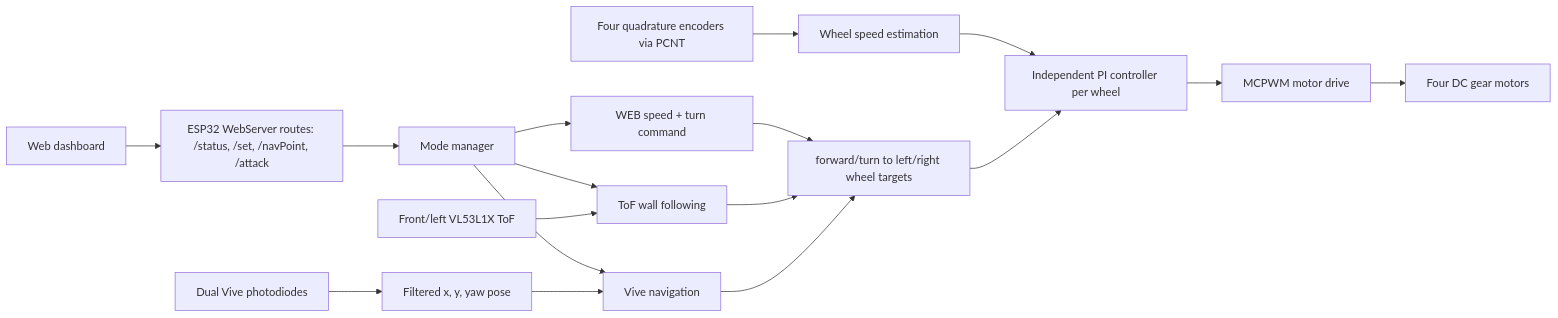
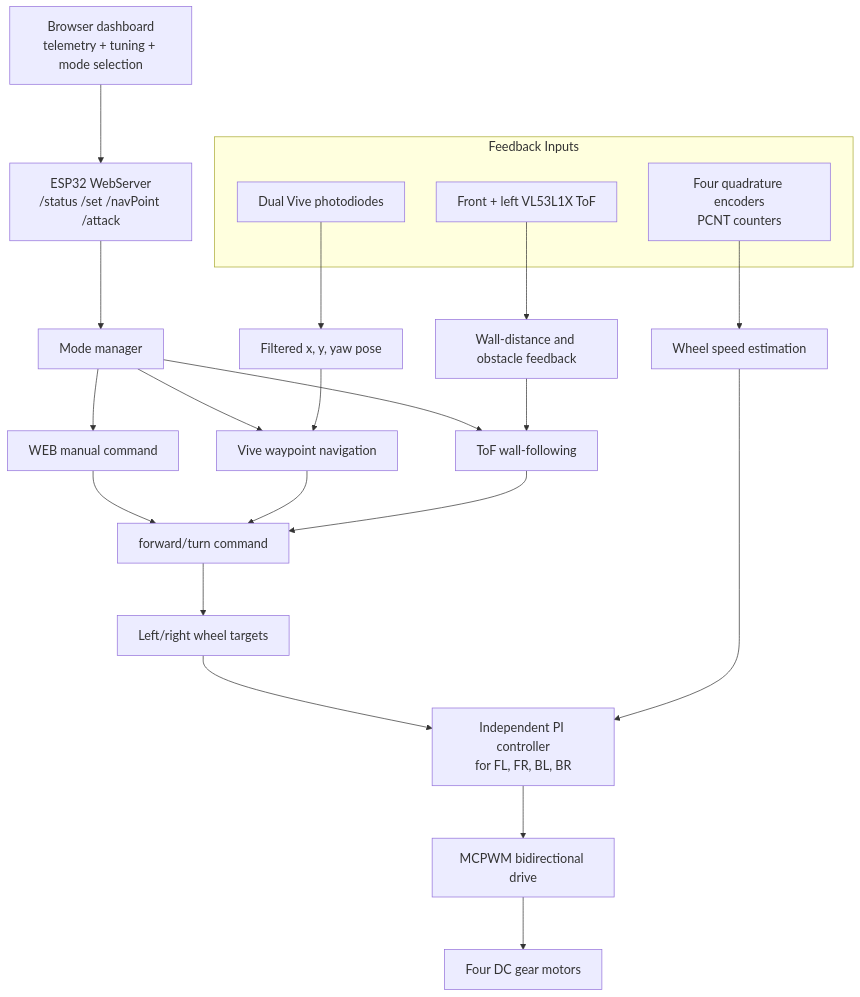
Before and after one commit to wjx5037/wjx5037.github.io: the second of 3 diagrams in content/posts/project4/index.md, drawn with Mermaid. The commit also changed other lines of this file and 5 other files, not shown here.

````diff
--- a/content/posts/project4/index.md
+++ b/content/posts/project4/index.md
@@ -45,23 +54,32 @@
 ```mermaid
-flowchart LR
-    UI["Web dashboard"] --> HTTP["ESP32 WebServer routes: /status, /set, /navPoint, /attack"]
-    HTTP --> Mode["Mode manager"]
+%%{init: {"flowchart": {"nodeSpacing": 45, "rankSpacing": 75}, "themeVariables": {"fontSize": "18px"}} }%%
+flowchart TB
+    UI["Browser dashboard<br/>telemetry + tuning + mode selection"] --> HTTP["ESP32 WebServer<br/>/status /set /navPoint /attack"]
+    HTTP --> MODE["Mode manager"]
 
-    Mode --> Web["WEB speed + turn command"]
-    Mode --> Wall["ToF wall following"]
-    Mode --> Nav["Vive navigation"]
+    subgraph Inputs["Feedback Inputs"]
+      ENC["Four quadrature encoders<br/>PCNT counters"]
+      TOF["Front + left VL53L1X ToF"]
+      VIVE["Dual Vive photodiodes"]
+    end
 
-    Web --> Drive["forward/turn to left/right wheel targets"]
-    Wall --> Drive
-    Nav --> Drive
+    ENC --> SPEED["Wheel speed estimation"]
+    TOF --> WALL["Wall-distance and obstacle feedback"]
+    VIVE --> POSE["Filtered x, y, yaw pose"]
 
-    Enc["Four quadrature encoders via PCNT"] --> Speed["Wheel speed estimation"]
-    Speed --> PI["Independent PI controller per wheel"]
-    Drive --> PI
-    PI --> PWM["MCPWM motor drive"]
-    PWM --> Motors["Four DC gear motors"]
+    MODE --> WEB["WEB manual command"]
+    MODE --> NAV["Vive waypoint navigation"]
+    MODE --> WF["ToF wall-following"]
 
-    ToF["Front/left VL53L1X ToF"] --> Wall
-    Vive["Dual Vive photodiodes"] --> Pose["Filtered x, y, yaw pose"]
-    Pose --> Nav
+    WEB --> DRIVE["forward/turn command"]
+    NAV --> DRIVE
+    WF --> DRIVE
+    WALL --> WF
+    POSE --> NAV
+
+    DRIVE --> TARGET["Left/right wheel targets"]
+    TARGET --> PI["Independent PI controller<br/>for FL, FR, BL, BR"]
+    SPEED --> PI
+    PI --> PWM["MCPWM bidirectional drive"]
+    PWM --> MOTOR["Four DC gear motors"]
 ```
````
